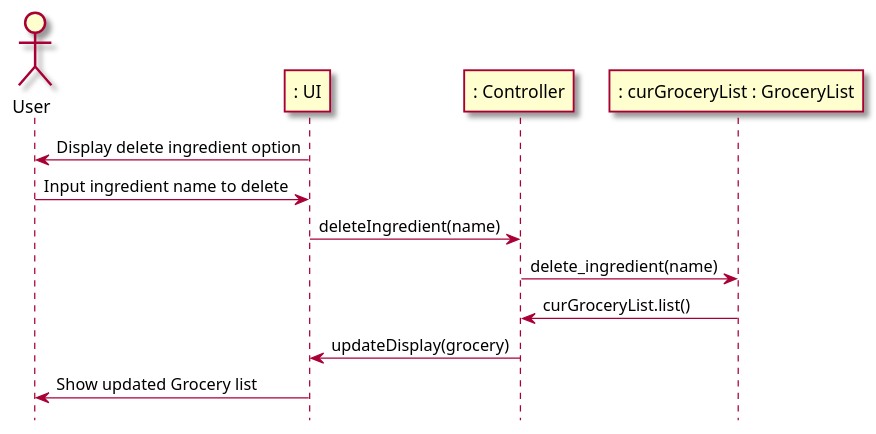
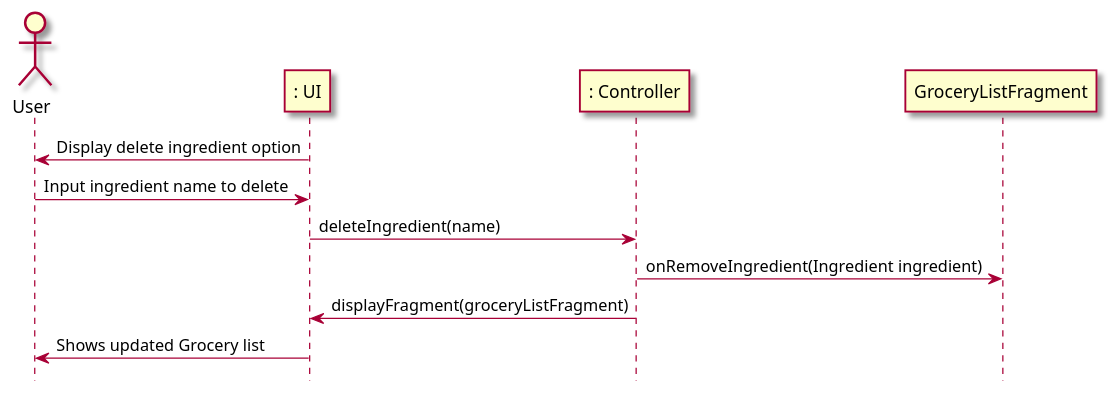
The third of 4 diagrams in intellij/doc/use-cases/manage_grocery_list.md (berthashipper/Pantry-Pal-Android-Application), drawn with PlantUML before and after one commit. The commit also changed other lines of this file, not shown here.

Commit message:
Updated manage_grocery_list use case to use method call notation

`````diff
--- a/intellij/doc/use-cases/manage_grocery_list.md
+++ b/intellij/doc/use-cases/manage_grocery_list.md
@@ -118,21 +114,19 @@
 ```plantuml
 @startuml
 skin rose
 
 hide footbox
 
 actor User as user
 participant ": UI" as ui
 participant ": Controller"  as cont
-participant ": curGroceryList : GroceryList" as grocery
 
 ui -> user : Display delete ingredient option
 user -> ui : Input ingredient name to delete
 ui -> cont : deleteIngredient(name)
-cont -> grocery : delete_ingredient(name)
-grocery -> cont : curGroceryList.list()
-cont -> ui : updateDisplay(grocery)
-ui -> user : Show updated Grocery list
+cont -> GroceryListFragment : onRemoveIngredient(Ingredient ingredient)
+cont -> ui : displayFragment(groceryListFragment)
+ui -> user : Shows updated Grocery list
 
 @enduml
 ````
`````
